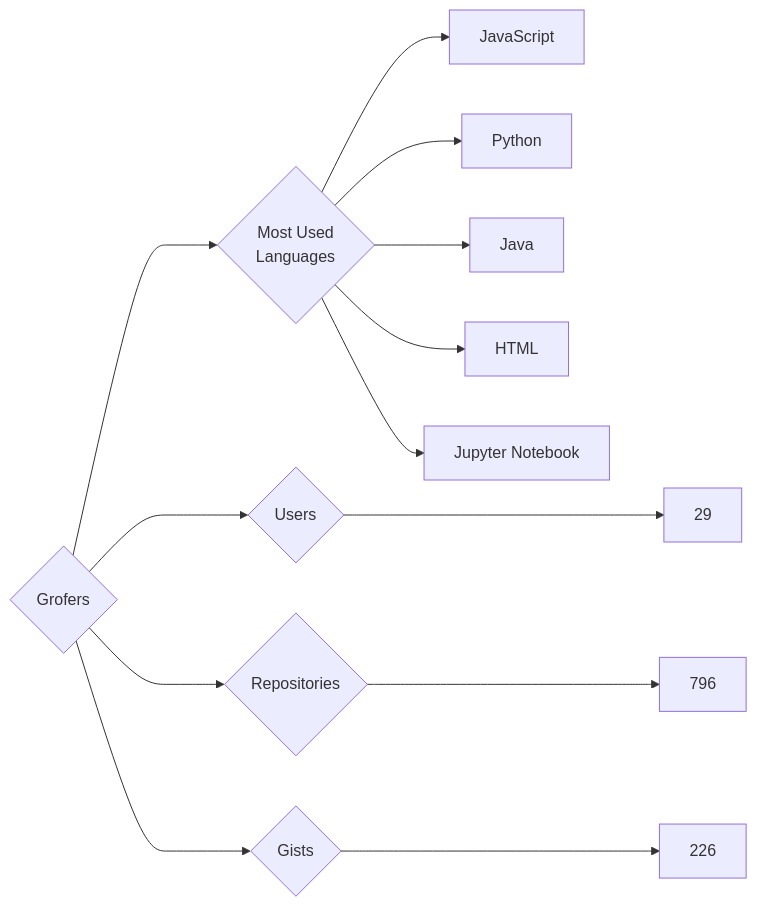
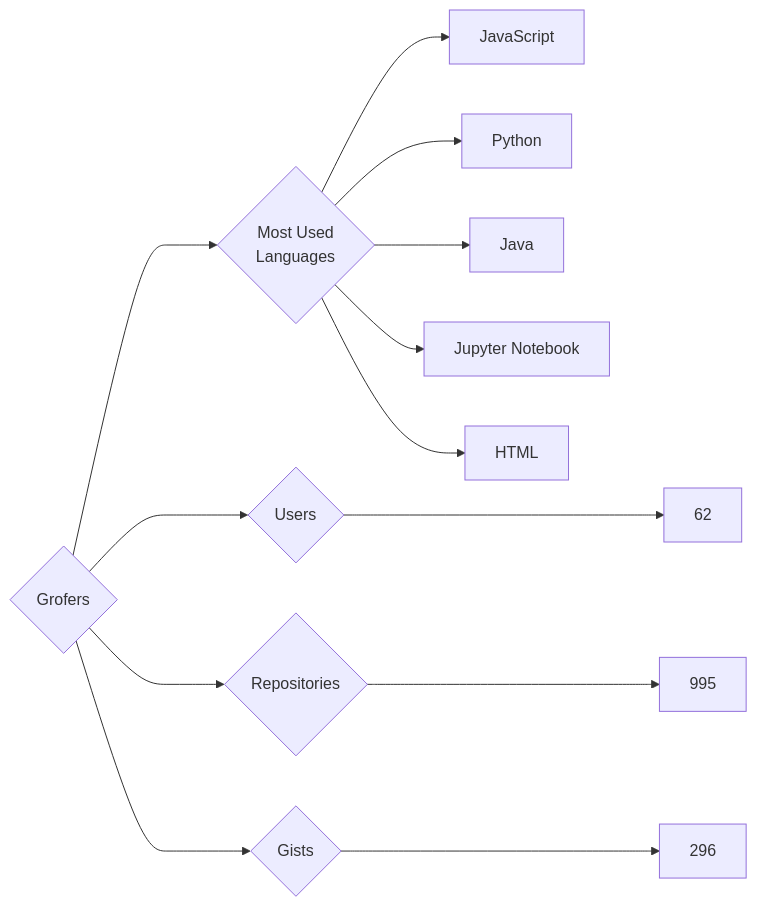
The diagram in targets/Grofers/README.md (trickest/insiders), drawn with Mermaid before and after one commit. The commit also changed 814 other files, not shown here.

````diff
--- a/targets/Grofers/README.md
+++ b/targets/Grofers/README.md
@@ -3,13 +3,13 @@
 ```mermaid
 graph LR
 COMPANY_NAME{Grofers}
-COMPANY_NAME ---> U{Users} ---> UN[29]
-COMPANY_NAME ---> R{Repositories} ---> RN[796]
-COMPANY_NAME ---> G{Gists} ---> GN[226]
+COMPANY_NAME ---> U{Users} ---> UN[62]
+COMPANY_NAME ---> R{Repositories} ---> RN[995]
+COMPANY_NAME ---> G{Gists} ---> GN[296]
 COMPANY_NAME ---> ML{Most Used<br>Languages}
 ML --> JavaScript[JavaScript]
 ML --> Python[Python]
 ML --> Java[Java]
+ML --> Jupyter_Notebook[Jupyter Notebook]
 ML --> HTML[HTML]
-ML --> Jupyter_Notebook[Jupyter Notebook]
 ```
````
